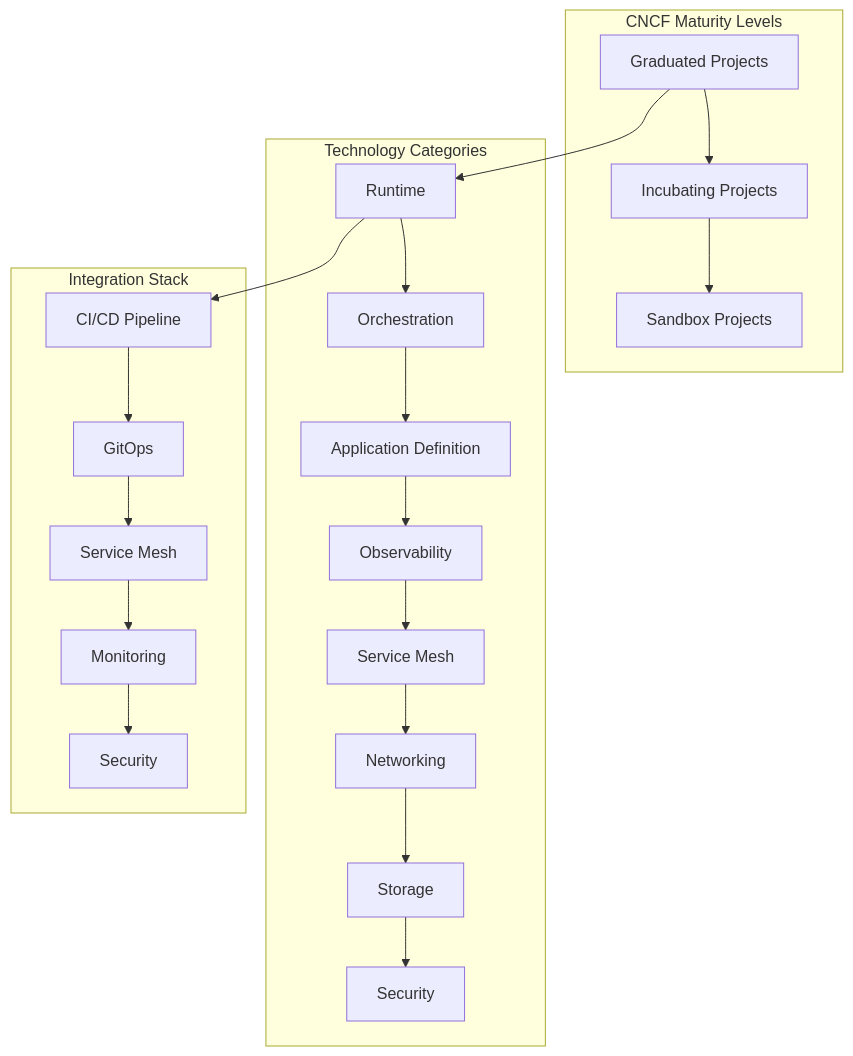
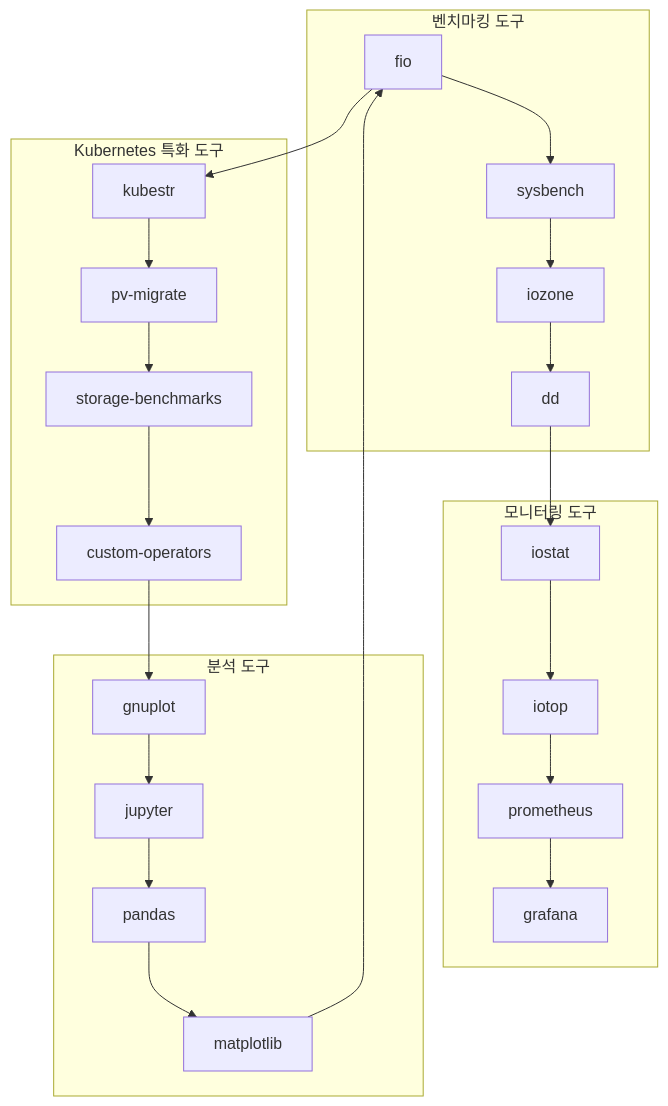
Before and after one commit to niceguy61/kdt_devops_lecture_2025: the second of 4 diagrams in week_02/day_04/session_07.md, drawn with Mermaid. The commit also changed other lines of this file and 15 other files, not shown here.

````diff
--- a/week_02/day_04/session_07.md
+++ b/week_02/day_04/session_07.md
@@ -15,27 +173,31 @@
 ```mermaid
 graph TB
-    subgraph "CNCF Maturity Levels"
-        A[Graduated Projects] --> B[Incubating Projects]
-        B --> C[Sandbox Projects]
+    subgraph "벤치마킹 도구"
+        A[fio] --> B[sysbench]
+        B --> C[iozone]
+        C --> D[dd]
     end
     
-    subgraph "Technology Categories"
-        D[Runtime] --> E[Orchestration]
-        E --> F[Application Definition]
-        F --> G[Observability]
-        G --> H[Service Mesh]
-        H --> I[Networking]
-        I --> J[Storage]
-        J --> K[Security]
+    subgraph "Kubernetes 특화 도구"
+        E[kubestr] --> F[pv-migrate]
+        F --> G[storage-benchmarks]
+        G --> H[custom-operators]
     end
     
-    subgraph "Integration Stack"
-        L[CI/CD Pipeline] --> M[GitOps]
-        M --> N[Service Mesh]
-        N --> O[Monitoring]
-        O --> P[Security]
+    subgraph "모니터링 도구"
+        I[iostat] --> J[iotop]
+        J --> K[prometheus]
+        K --> L[grafana]
     end
     
-    A --> D
-    D --> L
+    subgraph "분석 도구"
+        M[gnuplot] --> N[jupyter]
+        N --> O[pandas]
+        O --> P[matplotlib]
+    end
+    
+    A --> E
+    D --> I
+    H --> M
+    P --> A
 ```
````
